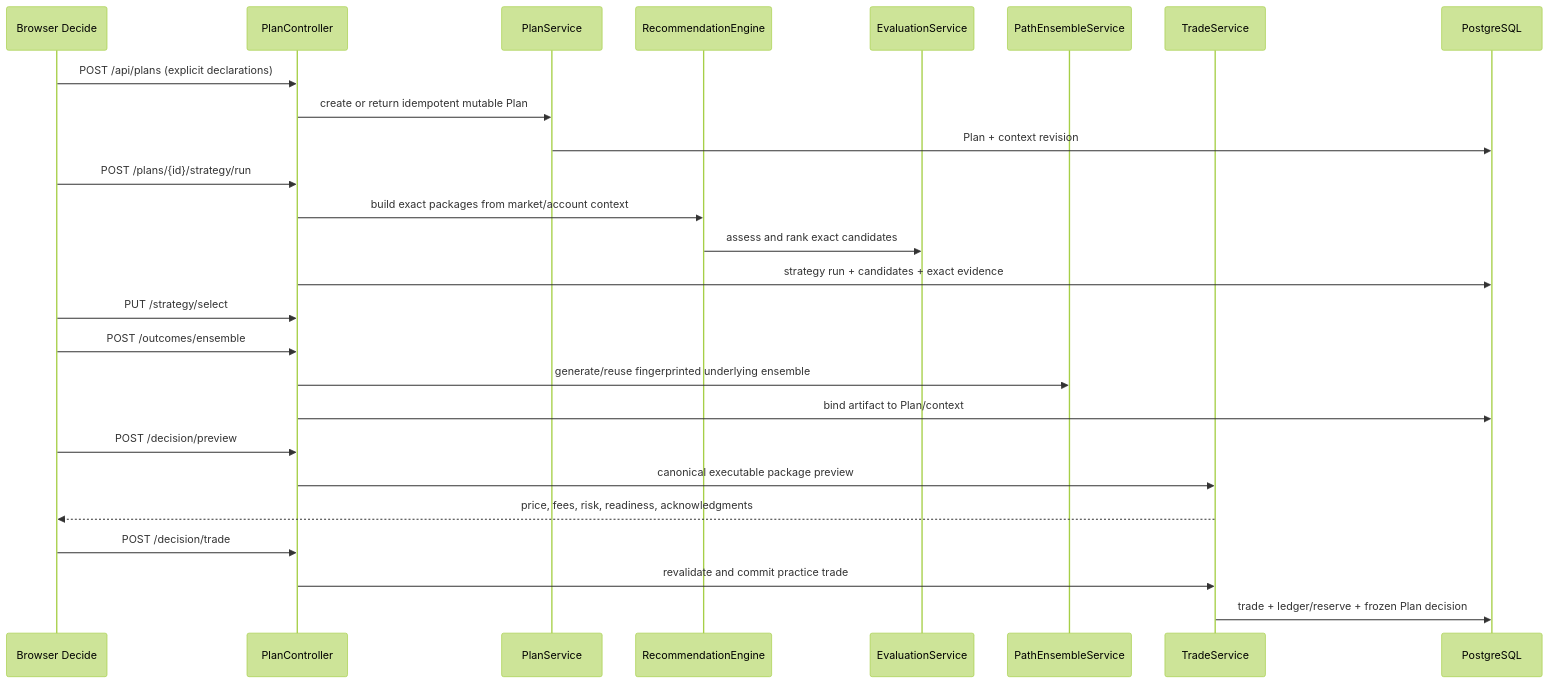
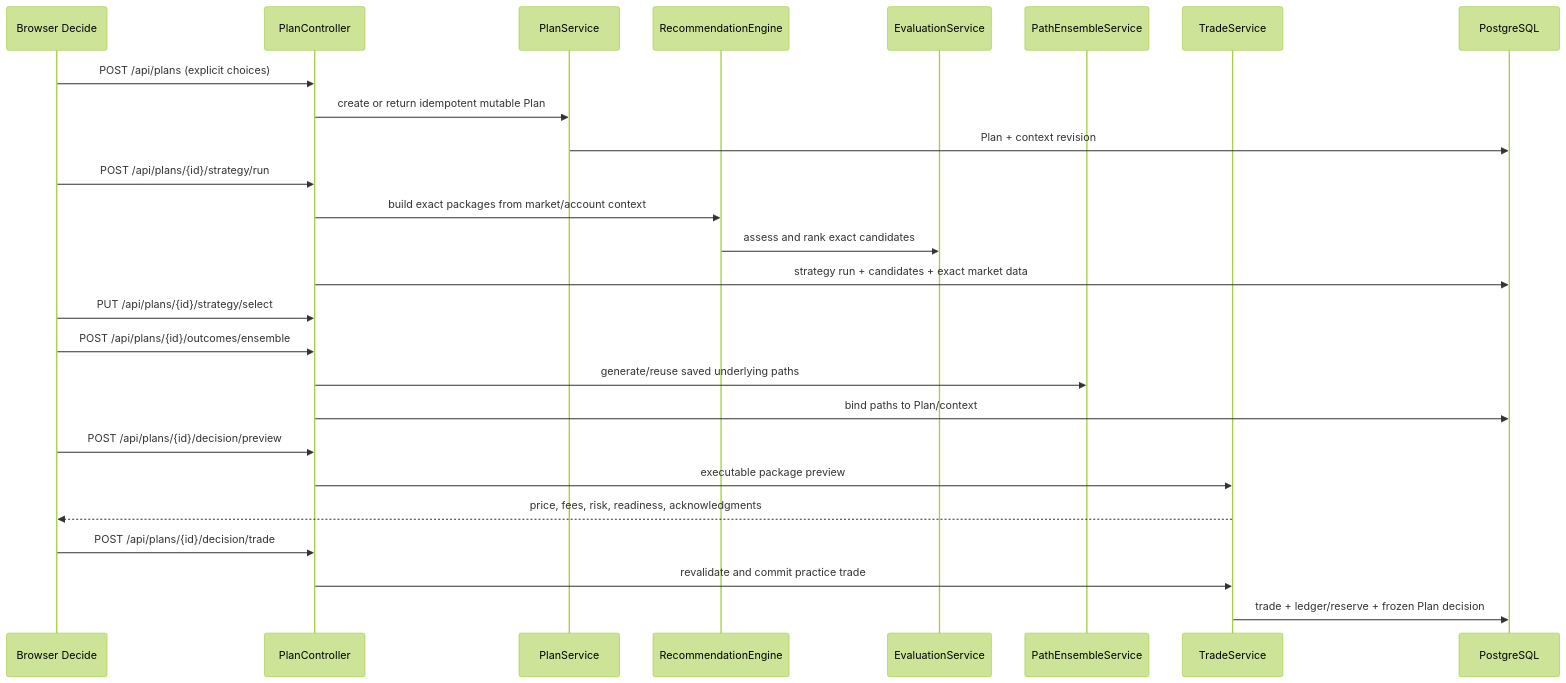
One commit to privacynow/strikebench changed the third of 5 diagrams in architecture.md. Above: the diagram before and after it, drawn with Mermaid (forest theme). The commit also changed other lines of this file and 224 other files, not shown here.

````diff
--- a/architecture.md
+++ b/architecture.md
@@ -422,29 +422,29 @@
 ```mermaid
 sequenceDiagram
   participant UI as Browser Decide
   participant API as PlanController
   participant Plan as PlanService
   participant Rec as RecommendationEngine
   participant Eval as EvaluationService
   participant Paths as PathEnsembleService
   participant Trade as TradeService
   participant DB as PostgreSQL
 
-  UI->>API: POST /api/plans (explicit declarations)
+  UI->>API: POST /api/plans (explicit choices)
   API->>Plan: create or return idempotent mutable Plan
   Plan->>DB: Plan + context revision
-  UI->>API: POST /plans/{id}/strategy/run
+  UI->>API: POST /api/plans/{id}/strategy/run
   API->>Rec: build exact packages from market/account context
   Rec->>Eval: assess and rank exact candidates
-  API->>DB: strategy run + candidates + exact evidence
-  UI->>API: PUT /strategy/select
-  UI->>API: POST /outcomes/ensemble
-  API->>Paths: generate/reuse fingerprinted underlying ensemble
-  API->>DB: bind artifact to Plan/context
-  UI->>API: POST /decision/preview
-  API->>Trade: canonical executable package preview
+  API->>DB: strategy run + candidates + exact market data
+  UI->>API: PUT /api/plans/{id}/strategy/select
+  UI->>API: POST /api/plans/{id}/outcomes/ensemble
+  API->>Paths: generate/reuse saved underlying paths
+  API->>DB: bind paths to Plan/context
+  UI->>API: POST /api/plans/{id}/decision/preview
+  API->>Trade: executable package preview
   Trade-->>UI: price, fees, risk, readiness, acknowledgments
-  UI->>API: POST /decision/trade
+  UI->>API: POST /api/plans/{id}/decision/trade
   API->>Trade: revalidate and commit practice trade
   Trade->>DB: trade + ledger/reserve + frozen Plan decision
 ```
````
